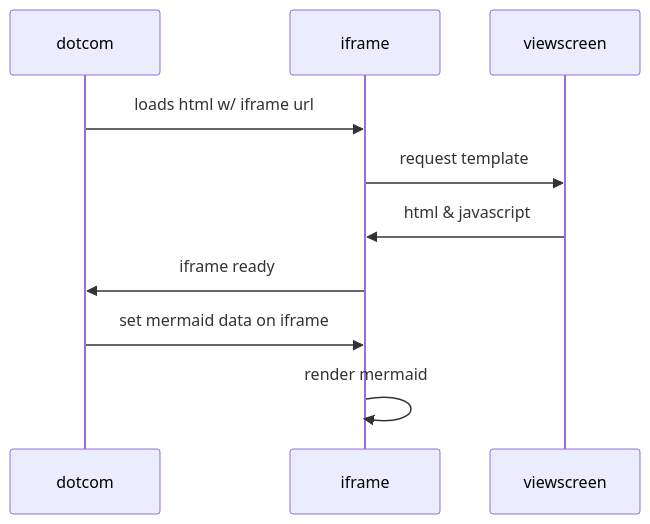
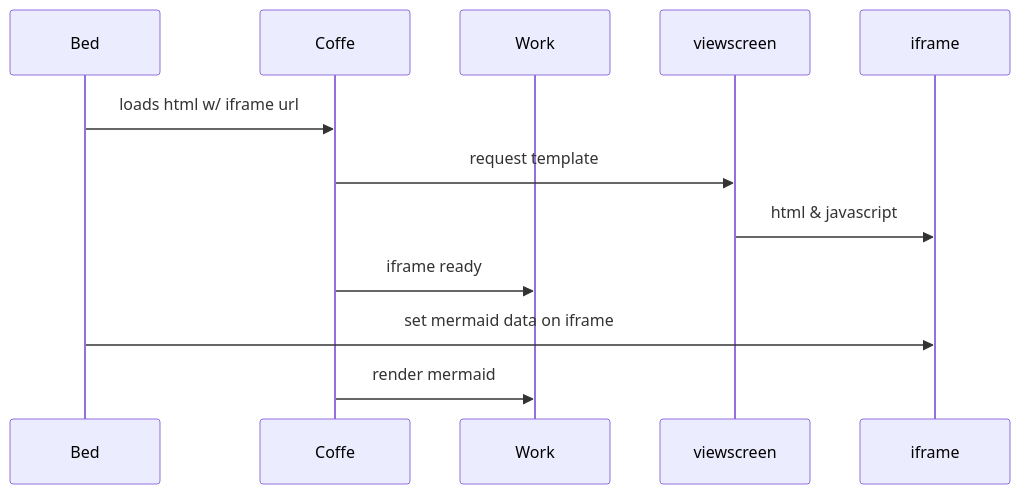
Before and after one commit to xandrade/alpha-api: the diagram in README.md, drawn with Mermaid.

````diff
--- a/README.md
+++ b/README.md
@@ -3,12 +3,12 @@
 ```mermaid
 sequenceDiagram
-    participant dotcom
-    participant iframe
-    participant viewscreen
-    dotcom->>iframe: loads html w/ iframe url
-    iframe->>viewscreen: request template
+    participant Bed
+    participant Coffe
+    participant Work
+    Bed->>Coffe: loads html w/ iframe url
+    Coffe->>viewscreen: request template
     viewscreen->>iframe: html & javascript
-    iframe->>dotcom: iframe ready
-    dotcom->>iframe: set mermaid data on iframe
-    iframe->>iframe: render mermaid
+    Coffe->>Work: iframe ready
+    Bed->>iframe: set mermaid data on iframe
+    Coffe->>Work: render mermaid
 ```
````
